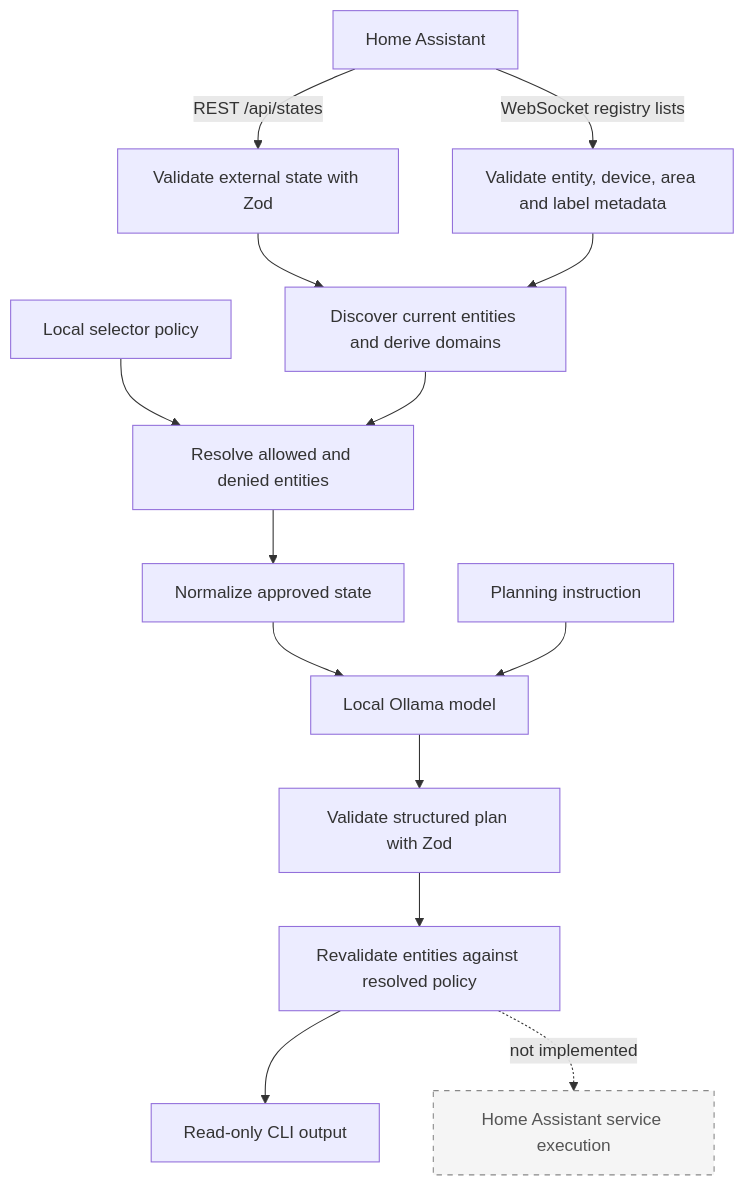
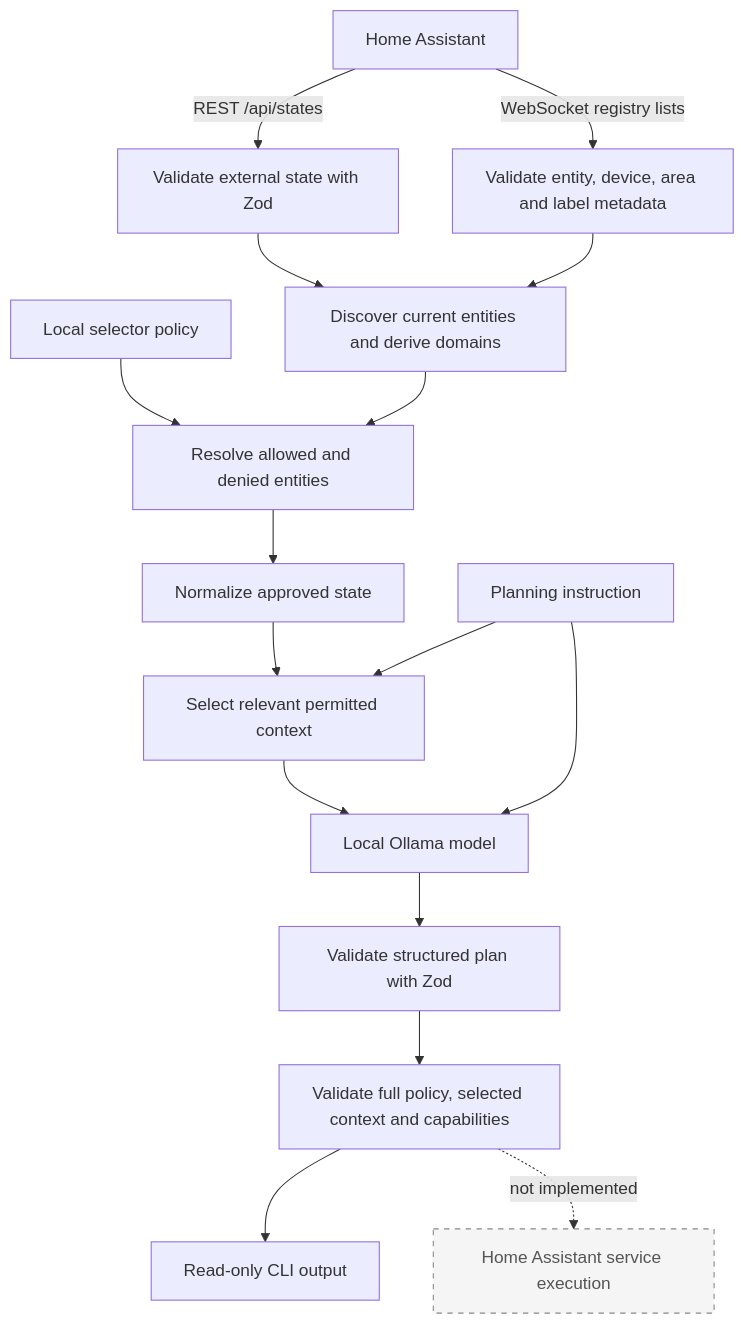
The diagram in README.md (aabiskar1/aryal-home), drawn with Mermaid before and after one commit. The commit also changed other lines of this file and 20 other files, not shown here.

````diff
--- a/README.md
+++ b/README.md
@@ -41,19 +41,21 @@
 ```mermaid
 flowchart TD
     HA[Home Assistant] -->|REST /api/states| HV[Validate external state with Zod]
     HA -->|WebSocket registry lists| RG[Validate entity, device, area and label metadata]
     HV --> D[Discover current entities and derive domains]
     RG --> D
     P[Local selector policy] --> R[Resolve allowed and denied entities]
     D --> R
     R --> N[Normalize approved state]
-    N --> O[Local Ollama model]
-    I[Planning instruction] --> O
+    N --> Q[Select relevant permitted context]
+    I[Planning instruction] --> Q
+    Q --> O[Local Ollama model]
+    I --> O
     O --> S[Validate structured plan with Zod]
-    S --> PV[Revalidate entities against resolved policy]
+    S --> PV[Validate full policy, selected context and capabilities]
     PV --> C[Read-only CLI output]
     PV -. not implemented .-> E[Home Assistant service execution]
 
     classDef future fill:#f5f5f5,stroke:#888,stroke-dasharray:5 5,color:#555;
     class E future;
 ```
````
